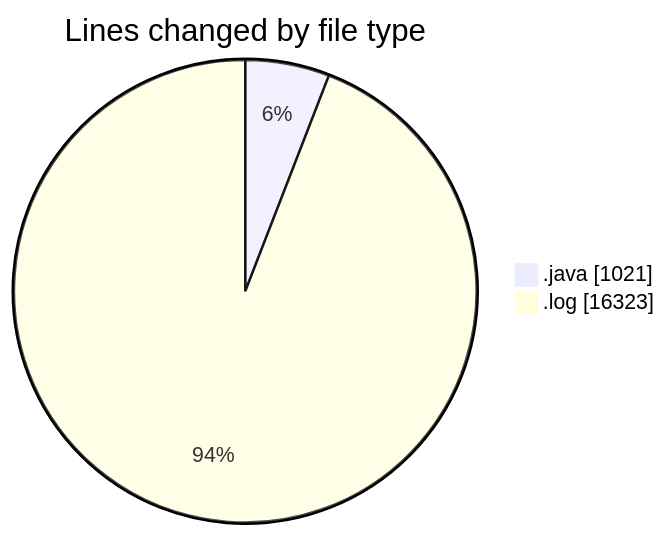
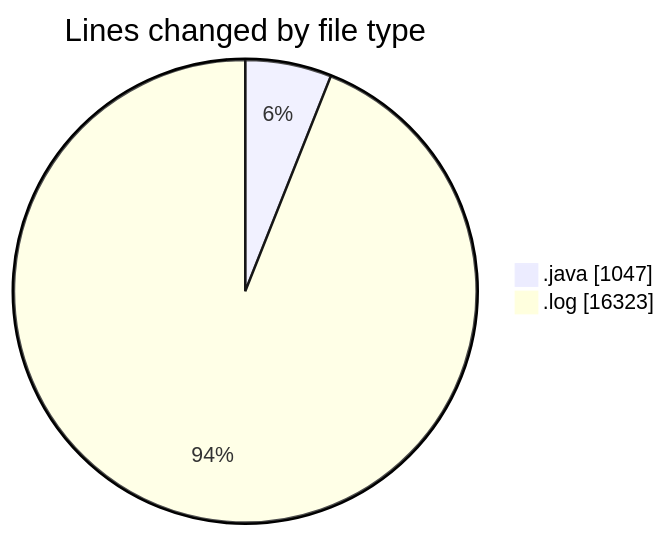
The first of 2 diagrams in 2026-04-07/cilapp/README.md (ricardozamudiocil/code-tracking), drawn with Mermaid before and after one commit. The commit also changed other lines of this file and 1 other file, not shown here.

````diff
--- a/2026-04-07/cilapp/README.md
+++ b/2026-04-07/cilapp/README.md
@@ -23,6 +23,6 @@
 ```mermaid
 pie showData
 title Lines changed by file type
-".java" : 1021
+".java" : 1047
 ".log" : 16323
 ```
````
